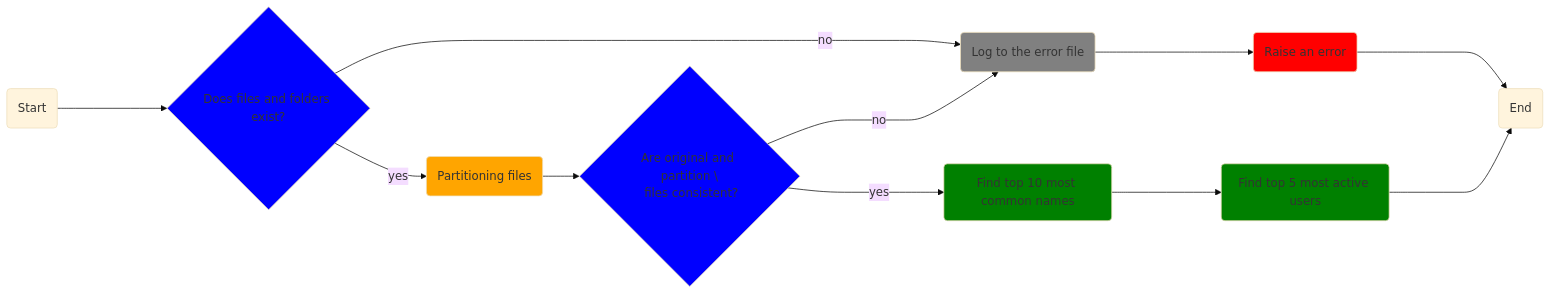
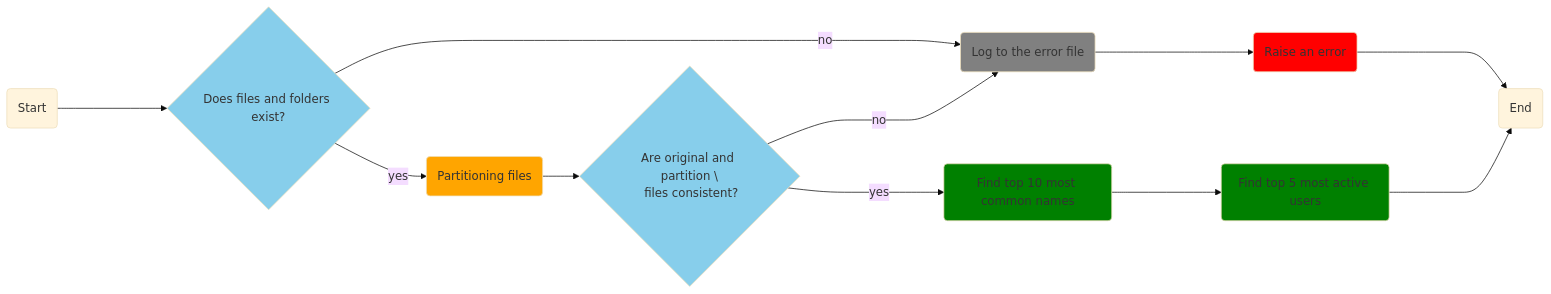
One commit to bbarabadze/DE_Project_1 changed the diagram in readme.md. Above: the diagram before and after it, drawn with Mermaid (base theme).

````diff
--- a/readme.md
+++ b/readme.md
@@ -8,31 +8,31 @@
 ```mermaid
 flowchart LR
     S(Start)
     F{Does files and folders exist?}
-    style F fill:blue
+    style F fill:skyblue
     LG(Log to the error file)
     style LG fill:gray
     E(Raise an error)
     style E fill:red
     D(Partitioning files)
     style D fill:orange
     CR{Are original and partition \\n files consistent?}
-    style CR fill:blue
+    style CR fill:skyblue
     AN5(Find top 10 most common names)
     style AN5 fill:green
     AN6(Find top 5 most active users)
     style AN6 fill:green
     END(End)
     S ----> F
     F -->|yes| D
     F ---->|no| LG
     D --> CR
     CR ----> |yes| AN5
     CR ----> |no| LG
     LG ----> E
     E ----> END
     AN5 ----> AN6
     AN6 ----> END
 
 
 ```
````
